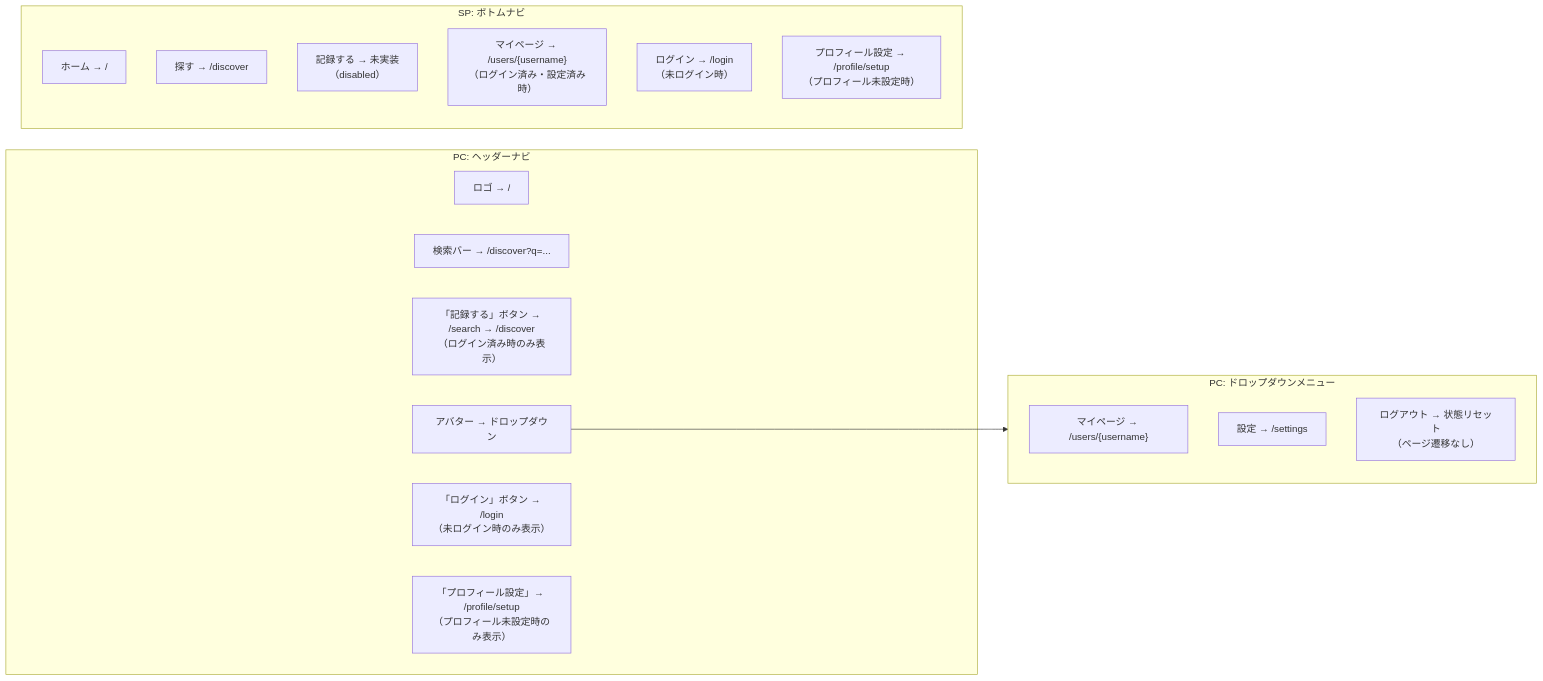
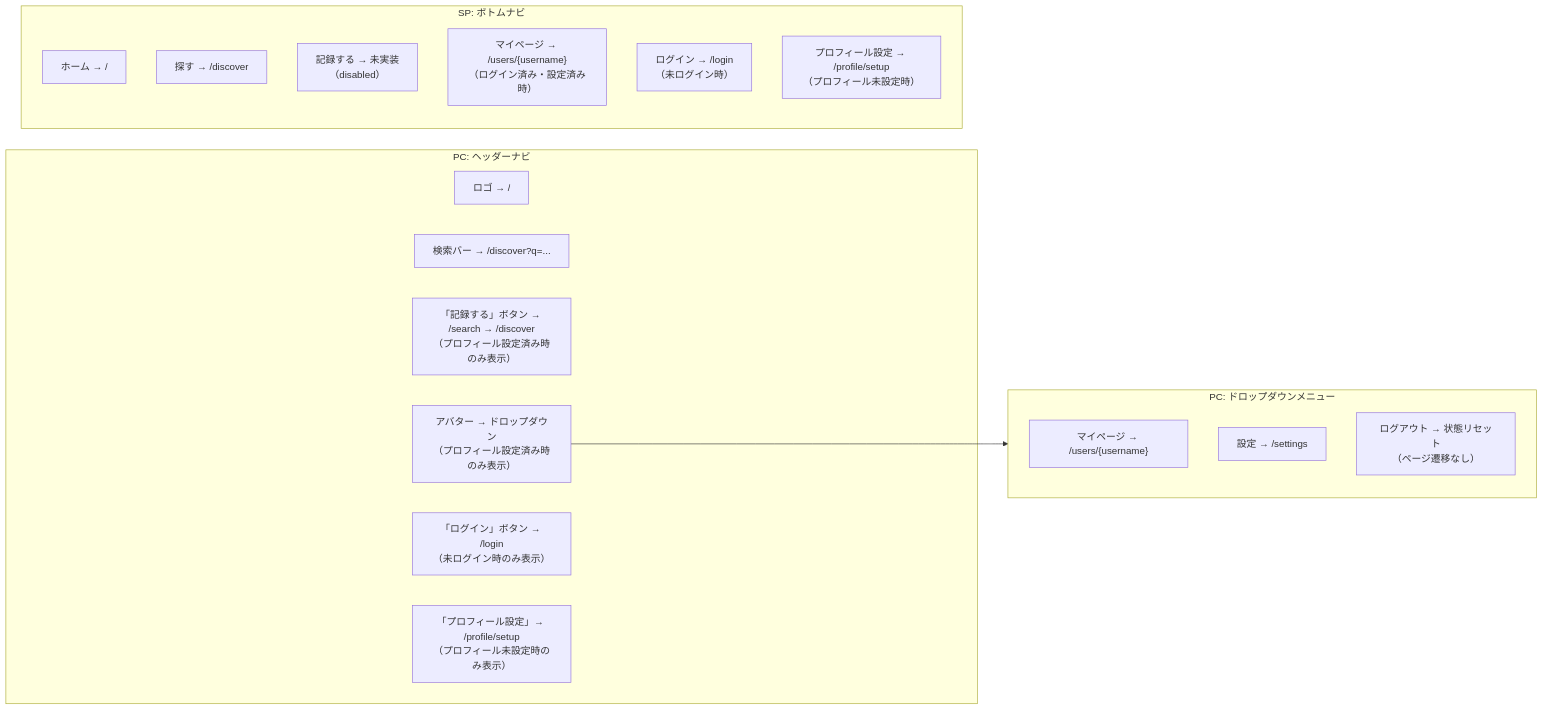
One commit to Koseeee-27/podlog changed the third of 3 diagrams in frontend/docs/screens.md. Above: the diagram before and after it, drawn with Mermaid. The commit also changed other lines of this file, not shown here.

First line of the commit message:
fix: 画面遷移図のキャンセル遷移先とナビ表示条件を実装に合わせて修正

````diff
--- a/frontend/docs/screens.md
+++ b/frontend/docs/screens.md
@@ -170,28 +172,28 @@
 ```mermaid
 flowchart LR
     subgraph PC["PC: ヘッダーナビ"]
         PC_LOGO["ロゴ → /"]
         PC_SEARCH["検索バー → /discover?q=..."]
-        PC_RECORD["「記録する」ボタン → /search → /discover<br>（ログイン済み時のみ表示）"]
-        PC_AVATAR["アバター → ドロップダウン"]
+        PC_RECORD["「記録する」ボタン → /search → /discover<br>（プロフィール設定済み時のみ表示）"]
+        PC_AVATAR["アバター → ドロップダウン<br>（プロフィール設定済み時のみ表示）"]
         PC_LOGIN_BTN["「ログイン」ボタン → /login<br>（未ログイン時のみ表示）"]
         PC_SETUP_BTN["「プロフィール設定」→ /profile/setup<br>（プロフィール未設定時のみ表示）"]
     end
 
     subgraph DROPDOWN["PC: ドロップダウンメニュー"]
         DD_MYPAGE["マイページ → /users/{username}"]
         DD_SETTINGS["設定 → /settings"]
         DD_LOGOUT["ログアウト → 状態リセット<br>（ページ遷移なし）"]
     end
 
     subgraph SP["SP: ボトムナビ"]
         SP_HOME["ホーム → /"]
         SP_DISCOVER["探す → /discover"]
         SP_RECORD["記録する → 未実装<br>（disabled）"]
         SP_USER["マイページ → /users/{username}<br>（ログイン済み・設定済み時）"]
         SP_LOGIN["ログイン → /login<br>（未ログイン時）"]
         SP_SETUP["プロフィール設定 → /profile/setup<br>（プロフィール未設定時）"]
     end
 
     PC_AVATAR --> DROPDOWN
 ```
````
